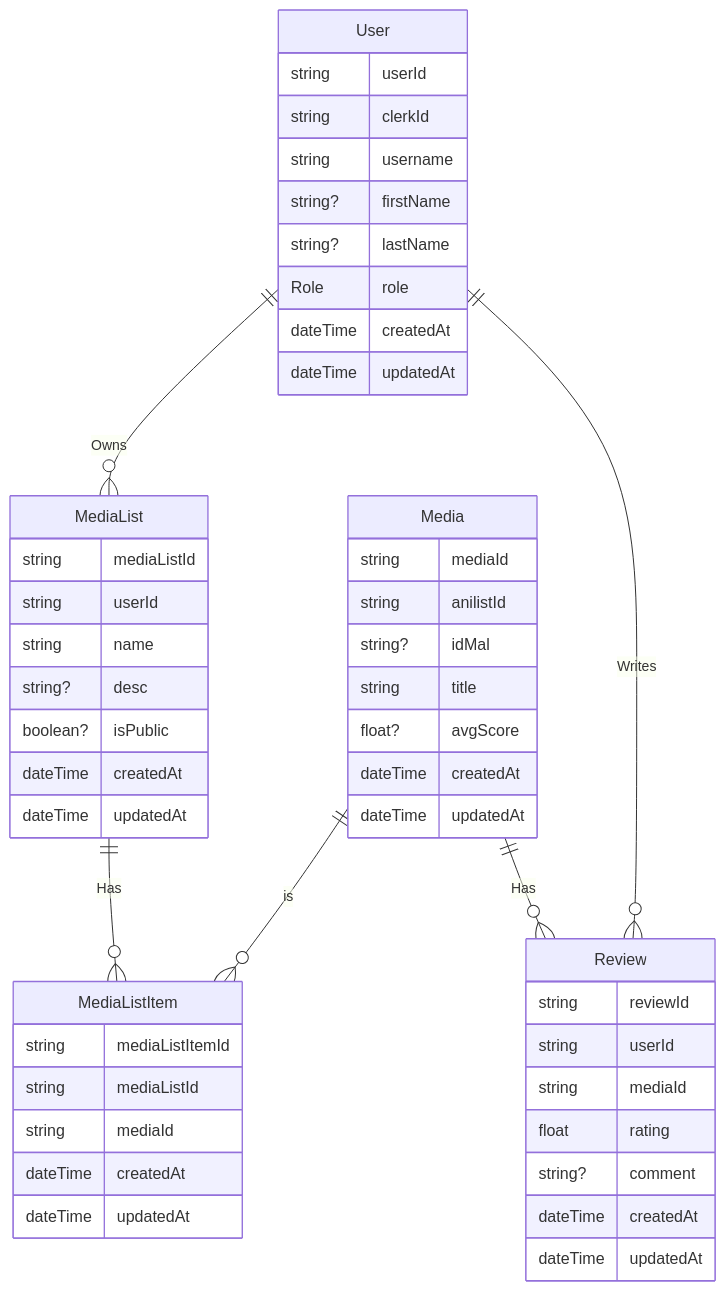
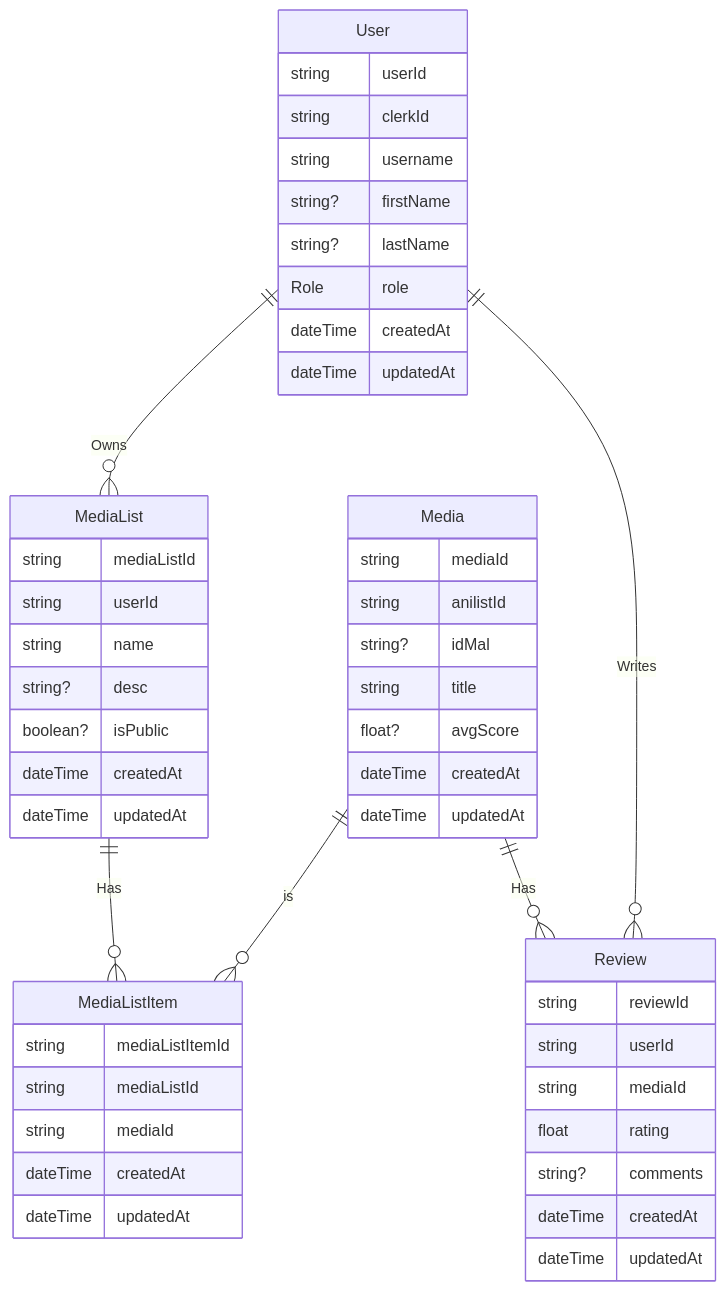
Before and after one commit to Jaska28/Kiroku-TP2-ServiceWeb: the diagram in README.md, drawn with Mermaid. The commit also changed 4 other files, not shown here.

````diff
--- a/README.md
+++ b/README.md
@@ -63,62 +63,62 @@
 ```mermaid
 erDiagram
     User ||--o{ MediaList: "Owns"
     MediaList ||--o{ MediaListItem: "Has"
     Media ||--o{ MediaListItem: "is"
     User ||--o{ Review: "Writes"
     Media || --o{ Review: "Has"
 
     User {
         string userId
         string clerkId
         string username
         string? firstName
         string? lastName
         Role role
 
         dateTime createdAt
         dateTime updatedAt
     }
 
     Media {
         string mediaId
         string anilistId
         string? idMal
         string title
         float? avgScore
 
         dateTime createdAt
         dateTime updatedAt
     }
 
     MediaList {
         string mediaListId
         string userId
         string name
         string? desc
         boolean? isPublic
 
         dateTime createdAt
         dateTime updatedAt
     }
 
     MediaListItem {
         string mediaListItemId
         string mediaListId
         string mediaId
 
         dateTime createdAt
         dateTime updatedAt
     }
 
     Review {
         string reviewId
         string userId
         string mediaId
         float rating
-        string? comment
+        string? comments
 
         dateTime createdAt
         dateTime updatedAt
     }
 ```
````
